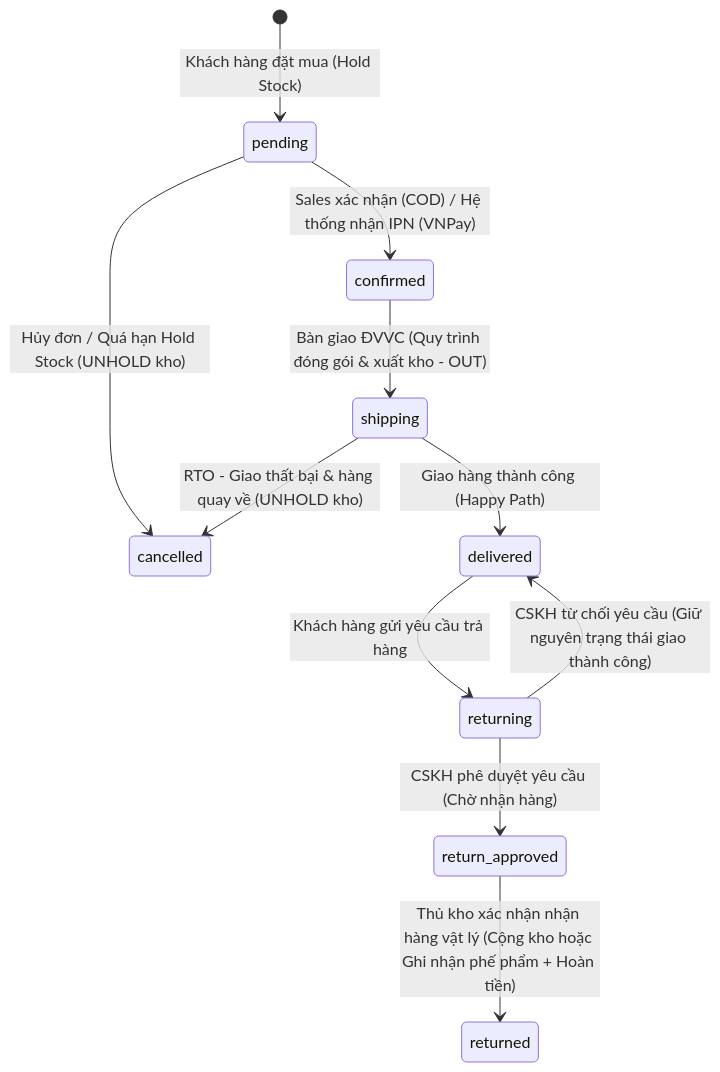
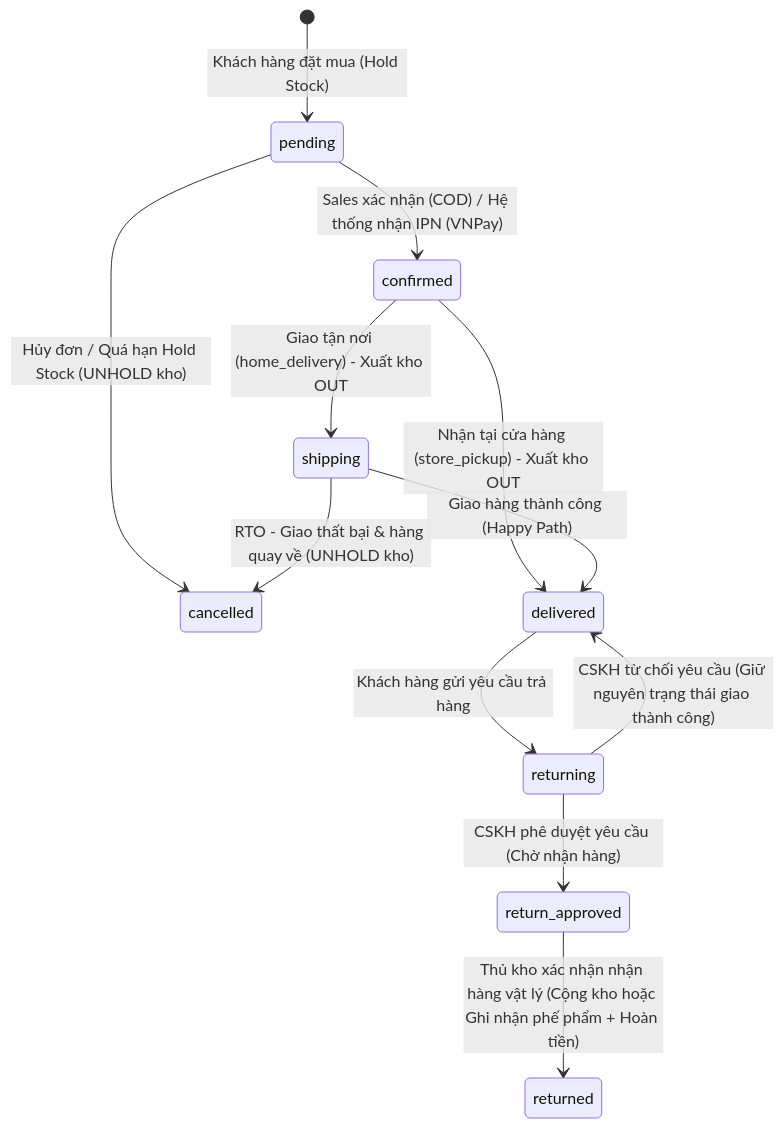
Before and after one commit to baonguyen179/kvil-vietnam-fashion-chatbotAI-web-fullstack: the diagram in Frontend/docs/kvil-business-process.md, drawn with Mermaid. The commit also changed other lines of this file and 7 other files, not shown here.

Commit message:
feat: cap nhat quy trinh log OUT kho thuc te va phan quyen trang thai don hang

````diff
--- a/Frontend/docs/kvil-business-process.md
+++ b/Frontend/docs/kvil-business-process.md
@@ -13,19 +13,20 @@
 ```mermaid
 stateDiagram-v2
     [*] --> pending : Khách hàng đặt mua (Hold Stock)
 
     pending --> cancelled : Hủy đơn / Quá hạn Hold Stock (UNHOLD kho)
     pending --> confirmed : Sales xác nhận (COD) / Hệ thống nhận IPN (VNPay)
 
-    confirmed --> shipping : Bàn giao ĐVVC (Quy trình đóng gói & xuất kho - OUT)
+    confirmed --> shipping : Giao tận nơi (home_delivery) - Xuất kho OUT
+    confirmed --> delivered : Nhận tại cửa hàng (store_pickup) - Xuất kho OUT
 
     shipping --> delivered : Giao hàng thành công (Happy Path)
     shipping --> cancelled : RTO - Giao thất bại & hàng quay về (UNHOLD kho)
 
     delivered --> returning : Khách hàng gửi yêu cầu trả hàng
 
     returning --> return_approved : CSKH phê duyệt yêu cầu (Chờ nhận hàng)
     returning --> delivered : CSKH từ chối yêu cầu (Giữ nguyên trạng thái giao thành công)
 
     return_approved --> returned : Thủ kho xác nhận nhận hàng vật lý (Cộng kho hoặc Ghi nhận phế phẩm + Hoàn tiền)
 ```
````
